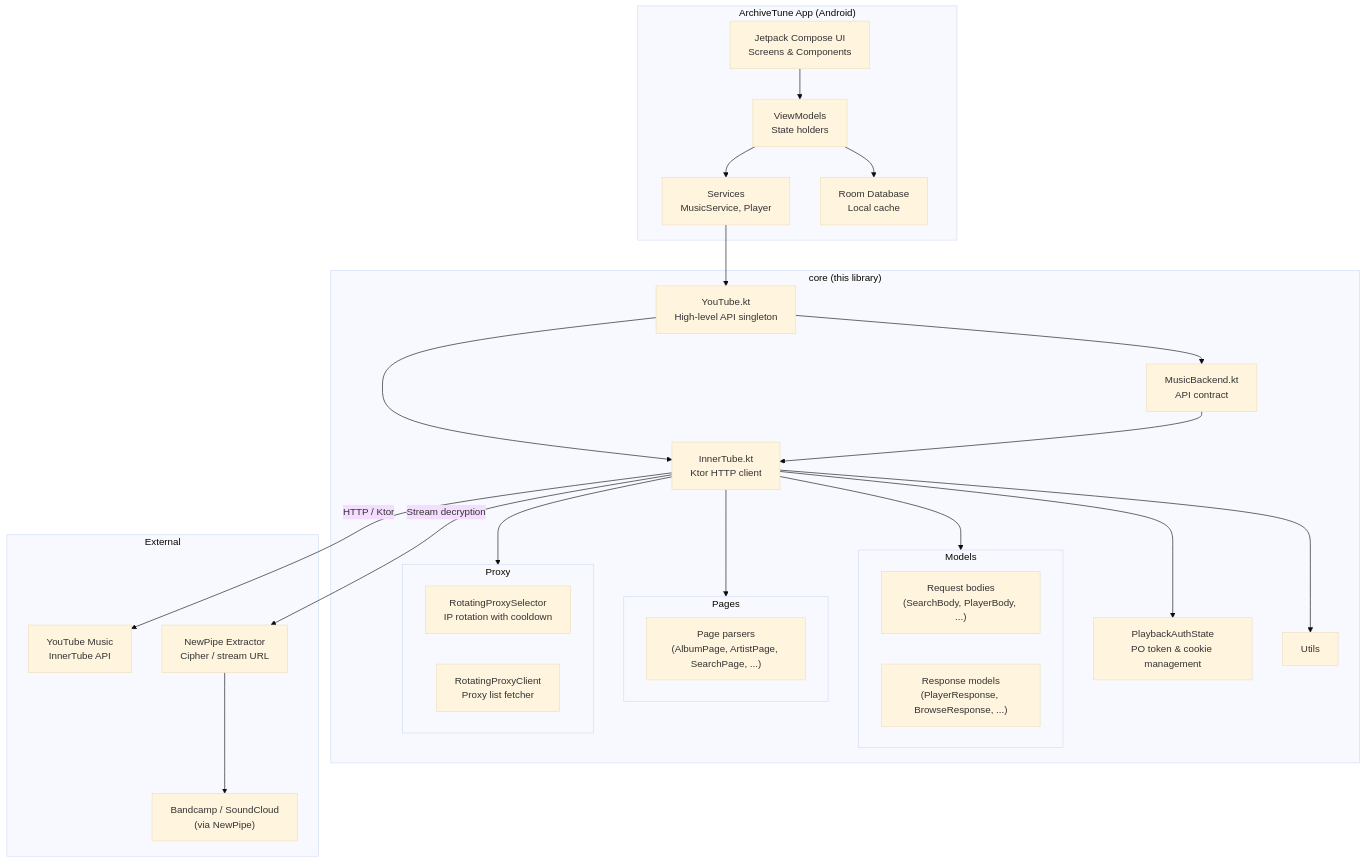
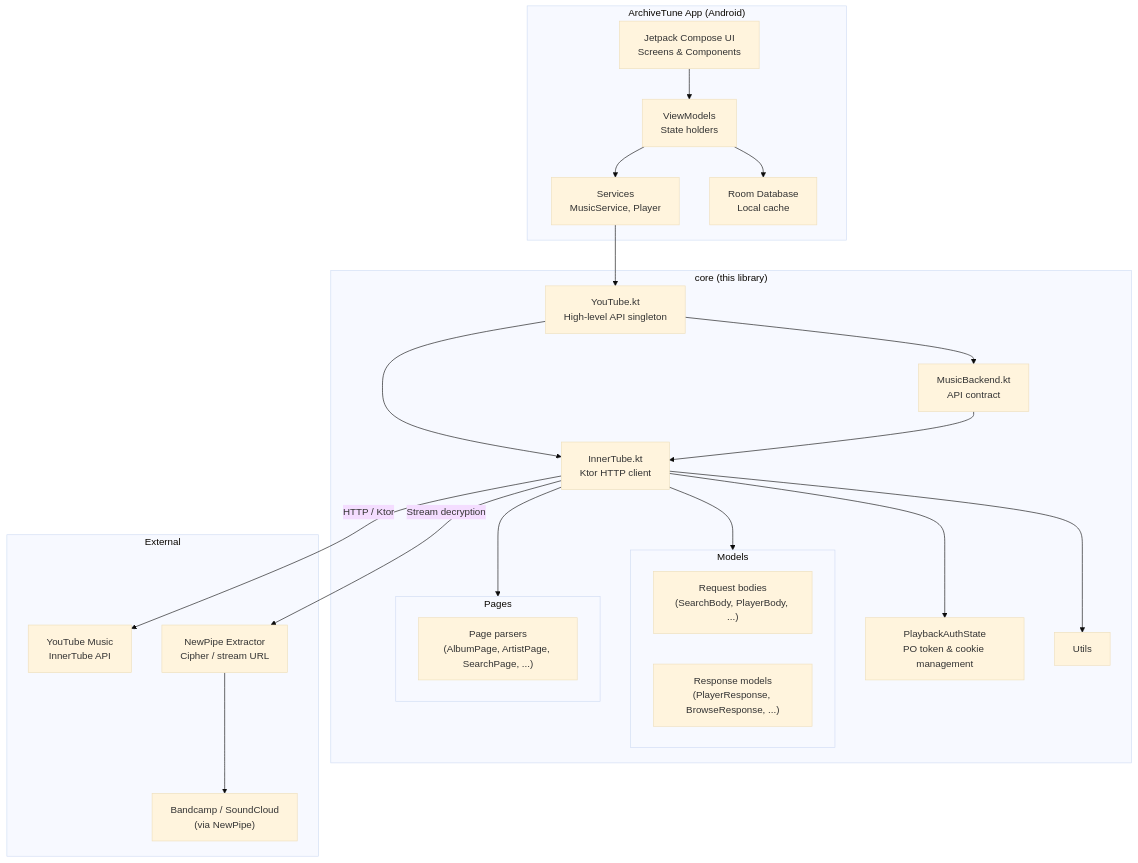
One commit to 4nx3b/core changed the diagram in README.md. Above: the diagram before and after it, drawn with Mermaid (base theme). The commit also changed other lines of this file, not shown here.

Commit message:
docs(README): removed obsolete rotation documentation

````diff
--- a/README.md
+++ b/README.md
@@ -47,53 +47,47 @@
 ```mermaid
 flowchart TB
     subgraph Android["ArchiveTune App (Android)"]
         UI["Jetpack Compose UI<br/>Screens & Components"]
         VM["ViewModels<br/>State holders"]
         SVC["Services<br/>MusicService, Player"]
         DB["Room Database<br/>Local cache"]
     end
 
     subgraph Core["core (this library)"]
         YT["YouTube.kt<br/>High-level API singleton"]
         IT["InnerTube.kt<br/>Ktor HTTP client"]
         MB["MusicBackend.kt<br/>API contract"]
 
         subgraph Models["Models"]
             REQ["Request bodies<br/>(SearchBody, PlayerBody, ...)"]
             RES["Response models<br/>(PlayerResponse, BrowseResponse, ...)"]
         end
 
         subgraph Pages["Pages"]
             PARSERS["Page parsers<br/>(AlbumPage, ArtistPage, SearchPage, ...)"]
         end
 
-        subgraph Proxy["Proxy"]
-            RPS["RotatingProxySelector<br/>IP rotation with cooldown"]
-            RPC["RotatingProxyClient<br/>Proxy list fetcher"]
-        end
-
         AUTH["PlaybackAuthState<br/>PO token & cookie management"]
         UTILS["Utils"]
     end
 
     subgraph External["External"]
         YTM["YouTube Music<br/>InnerTube API"]
         NEWPIPE["NewPipe Extractor<br/>Cipher / stream URL"]
         BANDCAMP["Bandcamp / SoundCloud<br/>(via NewPipe)"]
     end
 
     UI --> VM --> SVC
     SVC --> YT
     YT --> IT
     YT --> MB
     MB --> IT
     IT --> Models
     IT --> Pages
     IT --> AUTH
-    IT --> Proxy
     IT --> UTILS
     IT -->|HTTP / Ktor| YTM
     IT -->|Stream decryption| NEWPIPE
     NEWPIPE --> BANDCAMP
     VM --> DB
 ```
````
